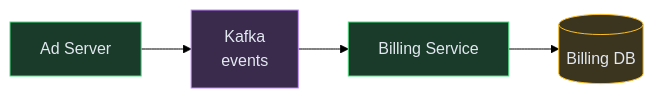
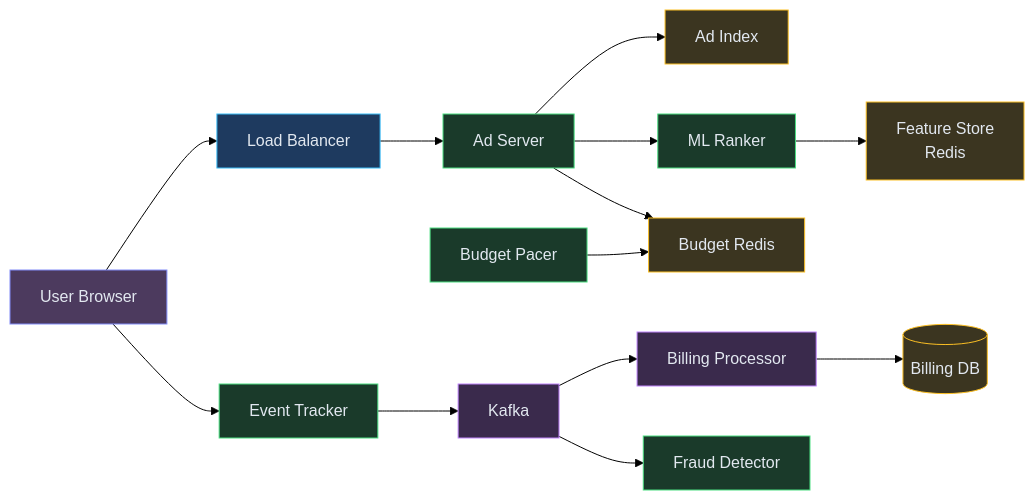
One commit to iluzn/HLD-Designs changed the sixth of 6 diagrams in content/hld/AdSystem.md. Above: the diagram before and after it, drawn with Mermaid (forest theme). The commit also changed other lines of this file and 26 other files, not shown here.

````diff
--- a/content/hld/AdSystem.md
+++ b/content/hld/AdSystem.md
@@ -138,15 +357,35 @@
 ```mermaid
 flowchart LR
+    USER["User Browser"]:::client
+    LB["Load Balancer"]:::edge
     ADSERV["Ad Server"]:::service
-    KAFKA["Kafka<br/>events"]:::async
-    BILLING["Billing Service"]:::service
-    DB[("Billing DB")]:::data
+    INDEX["Ad Index"]:::data
+    ML["ML Ranker"]:::service
+    FEATURES["Feature Store<br/>Redis"]:::data
+    BUDGET["Budget Redis"]:::data
+    PACER["Budget Pacer"]:::service
+    TRACKER["Event Tracker"]:::service
+    KAFKA["Kafka"]:::async
+    BILLING["Billing Processor"]:::async
+    FRAUD["Fraud Detector"]:::service
+    BILLDB[("Billing DB")]:::data
 
-    ADSERV --> KAFKA
+    USER --> LB
+    LB --> ADSERV
+    ADSERV --> INDEX
+    ADSERV --> ML
+    ML --> FEATURES
+    ADSERV --> BUDGET
+    PACER --> BUDGET
+    USER --> TRACKER
+    TRACKER --> KAFKA
     KAFKA --> BILLING
-    BILLING --> DB
+    KAFKA --> FRAUD
+    BILLING --> BILLDB
 
+    classDef client fill:#4c3a5e,stroke:#818cf8,color:#e2e8f0
+    classDef edge fill:#1e3a5f,stroke:#38bdf8,color:#e2e8f0
     classDef service fill:#1a3a2a,stroke:#4ade80,color:#e2e8f0
     classDef data fill:#3b3520,stroke:#fbbf24,color:#e2e8f0
     classDef async fill:#3a2a4c,stroke:#c084fc,color:#e2e8f0
 ```
````
